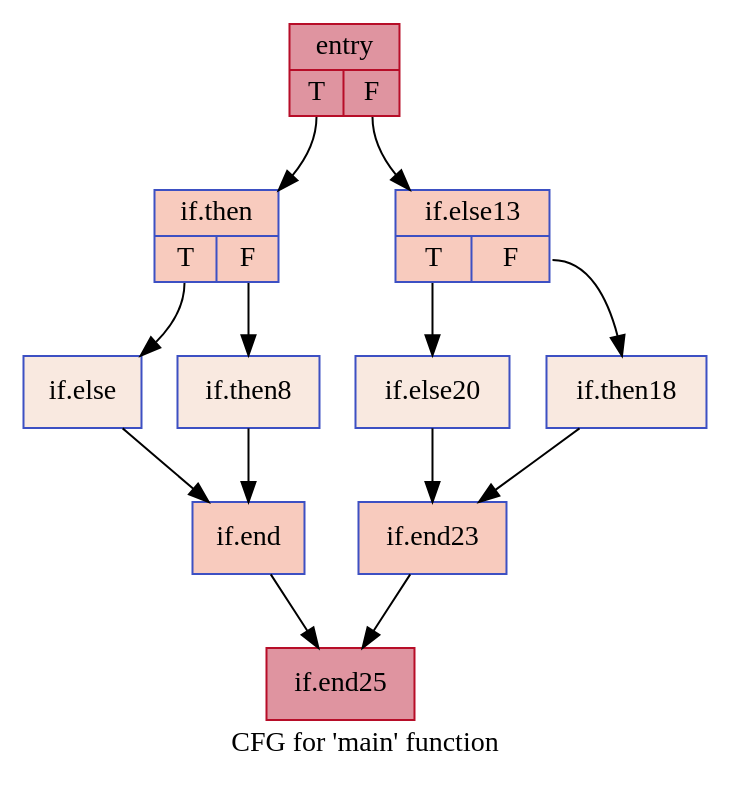
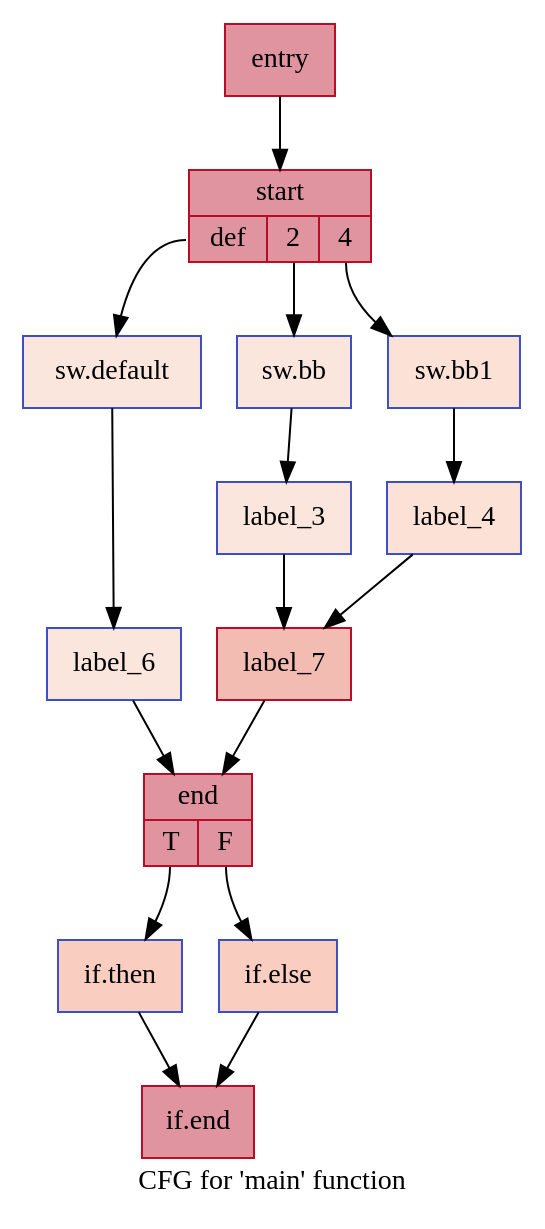
The diagram in IR/cfg/stripped.dot (HPSSA-LLVM/HPSSA-LLVM), drawn with Graphviz before and after one commit. The commit also changed 67 other files, not shown here.

```diff
--- a/IR/cfg/stripped.dot
+++ b/IR/cfg/stripped.dot
@@ -1,26 +1,32 @@
 digraph "CFG for 'main' function" {
 	label="CFG for 'main' function";
 
-	Node0x5555ae502740 [shape=record,color="#b70d28ff", style=filled, fillcolor="#b70d2870",label="{entry|{<s0>T|<s1>F}}"];
-	Node0x5555ae502740:s0 -> Node0x5555ae503fd0;
-	Node0x5555ae502740:s1 -> Node0x5555ae5040a0;
-	Node0x5555ae503fd0 [shape=record,color="#3d50c3ff", style=filled, fillcolor="#ef886b70",label="{if.then|{<s0>T|<s1>F}}"];
-	Node0x5555ae503fd0:s0 -> Node0x5555ae505610;
-	Node0x5555ae503fd0:s1 -> Node0x5555ae505680;
-	Node0x5555ae505680 [shape=record,color="#3d50c3ff", style=filled, fillcolor="#f1ccb870",label="{if.then8}"];
-	Node0x5555ae505680 -> Node0x5555ae505cc0;
-	Node0x5555ae505610 [shape=record,color="#3d50c3ff", style=filled, fillcolor="#f1ccb870",label="{if.else}"];
-	Node0x5555ae505610 -> Node0x5555ae505cc0;
-	Node0x5555ae505cc0 [shape=record,color="#3d50c3ff", style=filled, fillcolor="#ef886b70",label="{if.end}"];
-	Node0x5555ae505cc0 -> Node0x5555ae5061c0;
-	Node0x5555ae5040a0 [shape=record,color="#3d50c3ff", style=filled, fillcolor="#ef886b70",label="{if.else13|{<s0>T|<s1>F}}"];
-	Node0x5555ae5040a0:s0 -> Node0x5555ae506e00;
-	Node0x5555ae5040a0:s1 -> Node0x5555ae506e80;
-	Node0x5555ae506e80 [shape=record,color="#3d50c3ff", style=filled, fillcolor="#f1ccb870",label="{if.then18}"];
-	Node0x5555ae506e80 -> Node0x5555ae5071e0;
-	Node0x5555ae506e00 [shape=record,color="#3d50c3ff", style=filled, fillcolor="#f1ccb870",label="{if.else20}"];
-	Node0x5555ae506e00 -> Node0x5555ae5071e0;
-	Node0x5555ae5071e0 [shape=record,color="#3d50c3ff", style=filled, fillcolor="#ef886b70",label="{if.end23}"];
-	Node0x5555ae5071e0 -> Node0x5555ae5061c0;
-	Node0x5555ae5061c0 [shape=record,color="#b70d28ff", style=filled, fillcolor="#b70d2870",label="{if.end25}"];
+	Node0x558a225e3a30 [shape=record,color="#b70d28ff", style=filled, fillcolor="#b70d2870",label="{entry}"];
+	Node0x558a225e3a30 -> Node0x558a225e3b60;
+	Node0x558a225e3b60 [shape=record,color="#b70d28ff", style=filled, fillcolor="#b70d2870",label="{start|{<s0>def|<s1>2|<s2>4}}"];
+	Node0x558a225e3b60:s0 -> Node0x558a225e4070;
+	Node0x558a225e3b60:s1 -> Node0x558a225e40f0;
+	Node0x558a225e3b60:s2 -> Node0x558a225e4190;
+	Node0x558a225e40f0 [shape=record,color="#3d50c3ff", style=filled, fillcolor="#f3c7b170",label="{sw.bb}"];
+	Node0x558a225e40f0 -> Node0x558a225e4320;
+	Node0x558a225e4190 [shape=record,color="#3d50c3ff", style=filled, fillcolor="#f7bca170",label="{sw.bb1}"];
+	Node0x558a225e4190 -> Node0x558a225e4400;
+	Node0x558a225e4070 [shape=record,color="#3d50c3ff", style=filled, fillcolor="#f3c7b170",label="{sw.default}"];
+	Node0x558a225e4070 -> Node0x558a225e44e0;
+	Node0x558a225e4320 [shape=record,color="#3d50c3ff", style=filled, fillcolor="#f3c7b170",label="{label_3}"];
+	Node0x558a225e4320 -> Node0x558a225e4780;
+	Node0x558a225e4400 [shape=record,color="#3d50c3ff", style=filled, fillcolor="#f7bca170",label="{label_4}"];
+	Node0x558a225e4400 -> Node0x558a225e4780;
+	Node0x558a225e4780 [shape=record,color="#b70d28ff", style=filled, fillcolor="#e1675170",label="{label_7}"];
+	Node0x558a225e4780 -> Node0x558a225e4de0;
+	Node0x558a225e44e0 [shape=record,color="#3d50c3ff", style=filled, fillcolor="#f3c7b170",label="{label_6}"];
+	Node0x558a225e44e0 -> Node0x558a225e4de0;
+	Node0x558a225e4de0 [shape=record,color="#b70d28ff", style=filled, fillcolor="#b70d2870",label="{end|{<s0>T|<s1>F}}"];
+	Node0x558a225e4de0:s0 -> Node0x558a225e5490;
+	Node0x558a225e4de0:s1 -> Node0x558a225e5880;
+	Node0x558a225e5490 [shape=record,color="#3d50c3ff", style=filled, fillcolor="#f2907270",label="{if.then}"];
+	Node0x558a225e5490 -> Node0x558a225e5ae0;
+	Node0x558a225e5880 [shape=record,color="#3d50c3ff", style=filled, fillcolor="#f2907270",label="{if.else}"];
+	Node0x558a225e5880 -> Node0x558a225e5ae0;
+	Node0x558a225e5ae0 [shape=record,color="#b70d28ff", style=filled, fillcolor="#b70d2870",label="{if.end}"];
 }
```
